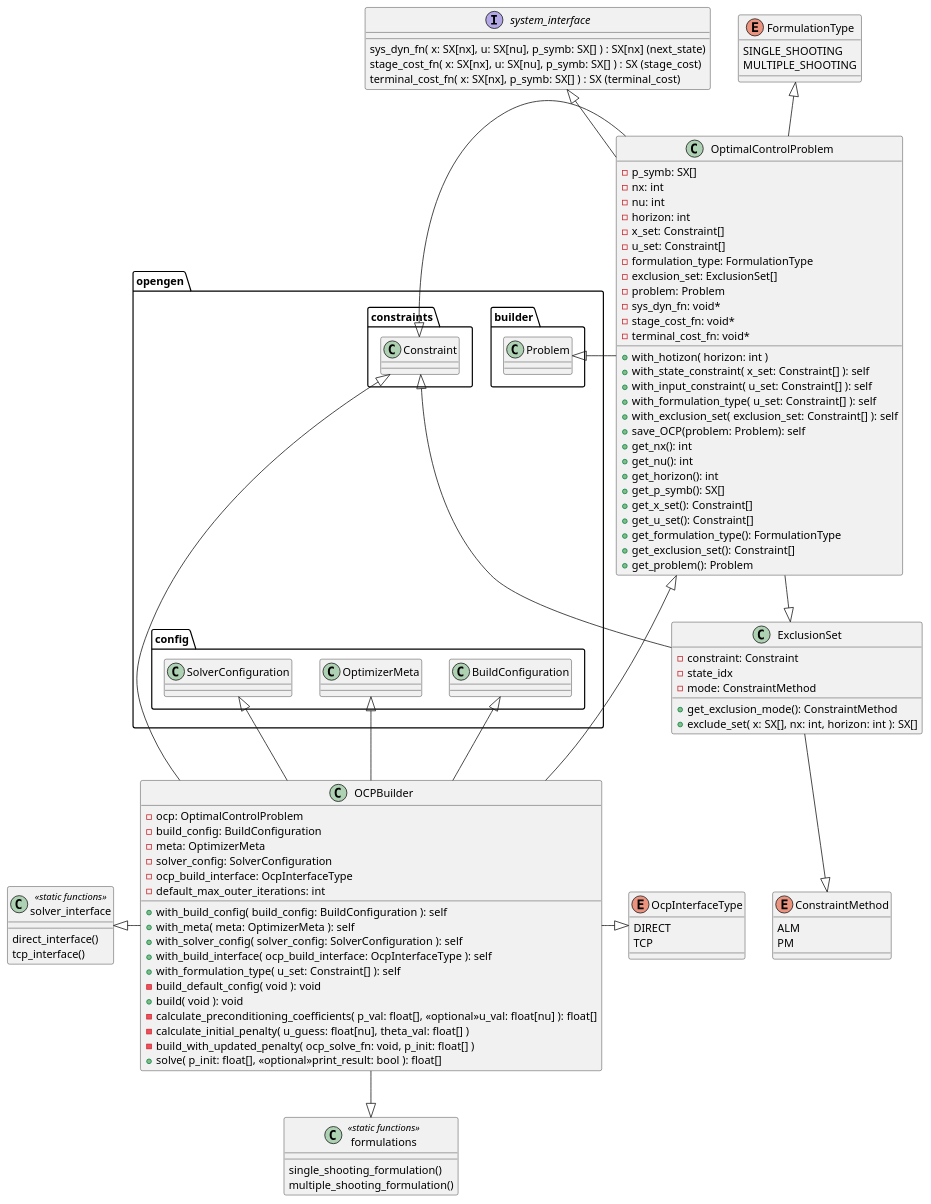
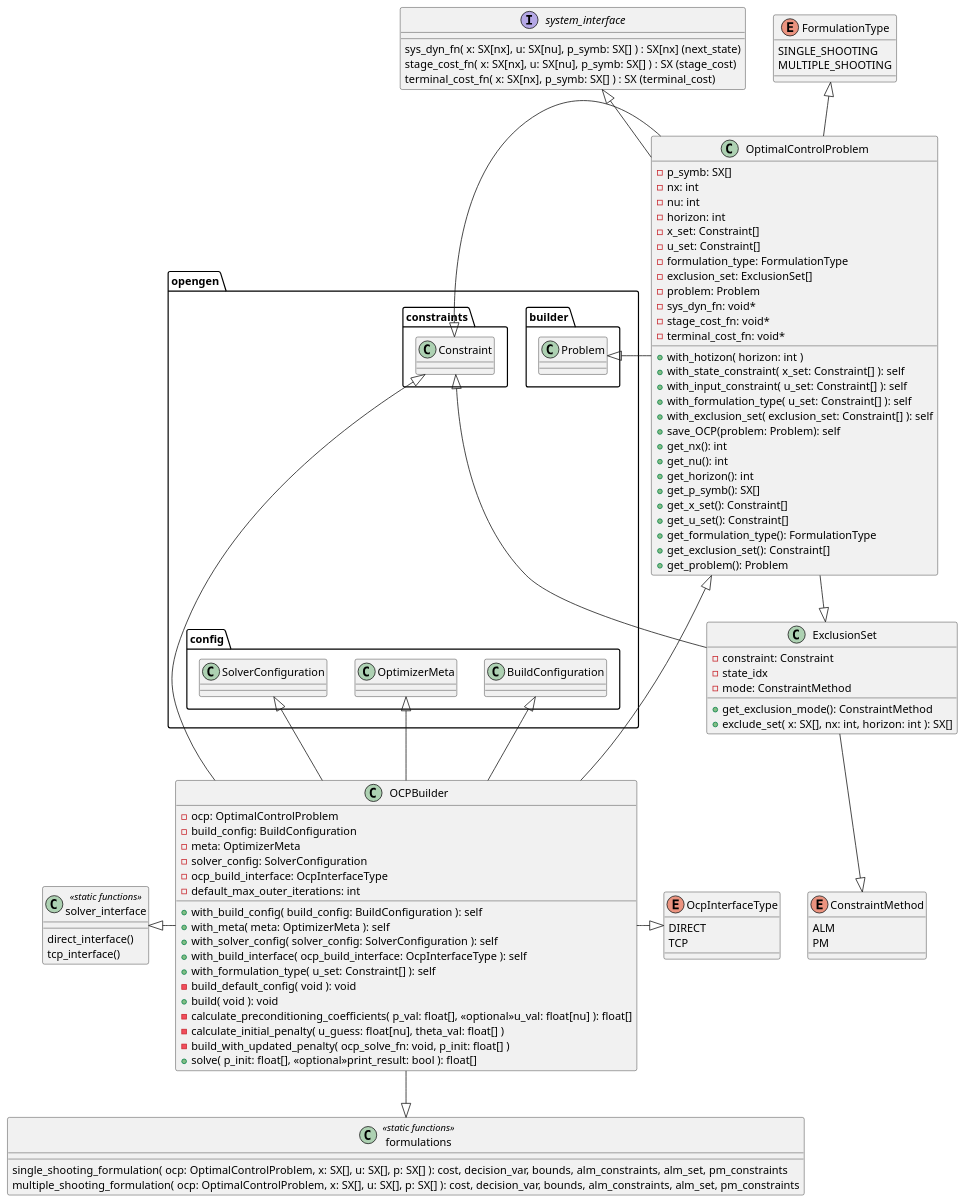
One commit to alphaville/optimization-engine changed the diagram in design/ocp_class_diagram.puml. Above: the diagram before and after it, drawn with PlantUML. The commit also changed 2 other files, not shown here.

```diff
--- a/design/ocp_class_diagram.puml
+++ b/design/ocp_class_diagram.puml
@@ -1,118 +1,118 @@
 @startuml
 ''https://plantuml.com/class-diagram
 ''https://www.youtube.com/watch?v=UI6lqHOVHic
 
 class OCPBuilder{
     - ocp: OptimalControlProblem
     - build_config: BuildConfiguration
     - meta: OptimizerMeta
     - solver_config: SolverConfiguration
     - ocp_build_interface: OcpInterfaceType
     - default_max_outer_iterations: int
     + with_build_config( build_config: BuildConfiguration ): self
     + with_meta( meta: OptimizerMeta ): self
     + with_solver_config( solver_config: SolverConfiguration ): self
     + with_build_interface( ocp_build_interface: OcpInterfaceType ): self
     + with_formulation_type( u_set: Constraint[] ): self
     - build_default_config( void ): void
     + build( void ): void
     - calculate_preconditioning_coefficients( p_val: float[], <<optional>>u_val: float[nu] ): float[]
     - calculate_initial_penalty( u_guess: float[nu], theta_val: float[] )
     - build_with_updated_penalty( ocp_solve_fn: void, p_init: float[] )
     + solve( p_init: float[], <<optional>>print_result: bool ): float[]
 }
 
 interface system_interface {
     sys_dyn_fn( x: SX[nx], u: SX[nu], p_symb: SX[] ) : SX[nx] (next_state)
     stage_cost_fn( x: SX[nx], u: SX[nu], p_symb: SX[] ) : SX (stage_cost)
     terminal_cost_fn( x: SX[nx], p_symb: SX[] ) : SX (terminal_cost)
 }
 
 enum OcpInterfaceType {
 DIRECT
 TCP
 }
 OcpInterfaceType <|-l- OCPBuilder
 OcpInterfaceType <|-u[hidden]- ExclusionSet
 
 class formulations <<static functions>>{
-    single_shooting_formulation()
-    multiple_shooting_formulation()
+    single_shooting_formulation( ocp: OptimalControlProblem, x: SX[], u: SX[], p: SX[] ): cost, decision_var, bounds, alm_constraints, alm_set, pm_constraints
+    multiple_shooting_formulation( ocp: OptimalControlProblem, x: SX[], u: SX[], p: SX[] ): cost, decision_var, bounds, alm_constraints, alm_set, pm_constraints
 }
 formulations <|-u[hidden]- OcpInterfaceType
 
 formulations <|-l- OCPBuilder
 
 class solver_interface <<static functions>>{
     direct_interface()
     tcp_interface()
 }
 
 solver_interface <|-r[hidden]- formulations
 solver_interface <|- OCPBuilder
 
 class OptimalControlProblem{
     - p_symb: SX[]
     - nx: int
     - nu: int
     - horizon: int
     - x_set: Constraint[]
     - u_set: Constraint[]
     - formulation_type: FormulationType
     - exclusion_set: ExclusionSet[]
     - problem: Problem
     - sys_dyn_fn: void*
     - stage_cost_fn: void*
     - terminal_cost_fn: void*
     + with_hotizon( horizon: int )
     + with_state_constraint( x_set: Constraint[] ): self
     + with_input_constraint( u_set: Constraint[] ): self
     + with_formulation_type( u_set: Constraint[] ): self
     + with_exclusion_set( exclusion_set: Constraint[] ): self
     + save_OCP(problem: Problem): self
     + get_nx(): int
     + get_nu(): int
     + get_horizon(): int
     + get_p_symb(): SX[]
     + get_x_set(): Constraint[]
     + get_u_set(): Constraint[]
     + get_formulation_type(): FormulationType
     + get_exclusion_set(): Constraint[]
     + get_problem(): Problem
 }
 
 system_interface <|-r- OptimalControlProblem
 OptimalControlProblem <|-r- OCPBuilder
 
 enum FormulationType {
 SINGLE_SHOOTING
 MULTIPLE_SHOOTING
 }
 FormulationType <|-d- OptimalControlProblem
 
 class ExclusionSet{
     - constraint: Constraint
     - state_idx
     - mode: ConstraintMethod
     + get_exclusion_mode(): ConstraintMethod
     + exclude_set( x: SX[], nx: int, horizon: int ): SX[]
 }
 ExclusionSet <|-u- OptimalControlProblem
 
 enum ConstraintMethod {
 ALM
 PM
 }
 ConstraintMethod <|-u- ExclusionSet
 
 
 opengen.constraints.Constraint<|-u- OptimalControlProblem
 opengen.constraints.Constraint<|-- OCPBuilder
 opengen.constraints.Constraint<|-- ExclusionSet
 opengen.config.SolverConfiguration<|-- OCPBuilder
 opengen.config.BuildConfiguration<|- OCPBuilder
 opengen.config.OptimizerMeta<|- OCPBuilder
 opengen.builder.Problem<|- OptimalControlProblem
 opengen.builder.Problem<|-d[hidden]- opengen.config.OptimizerMeta
 system_interface<|-d[hidden]- opengen.builder.Problem
 @enduml
```
